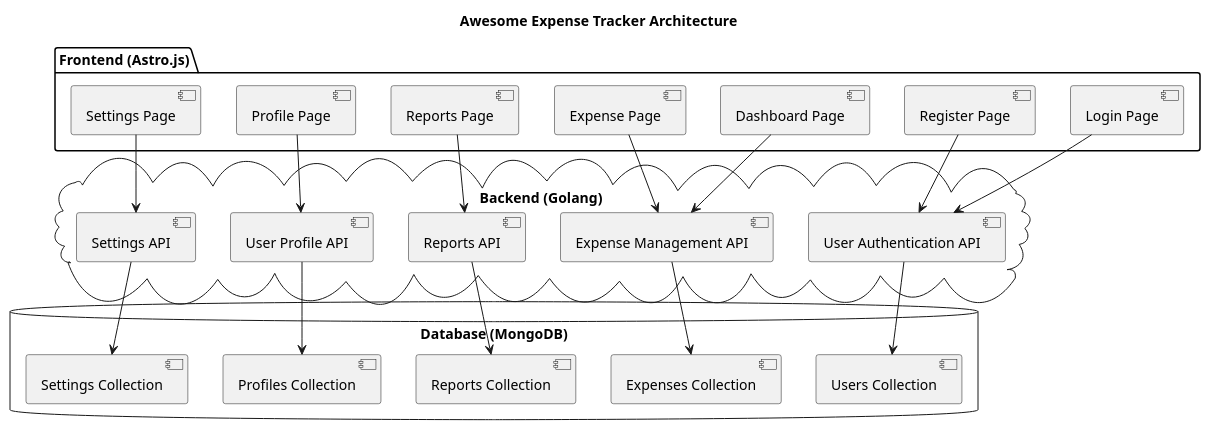
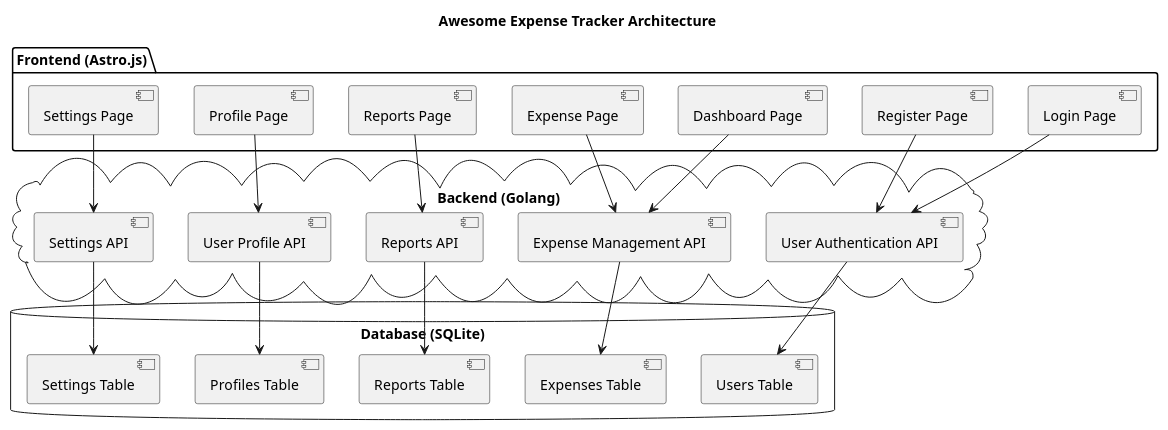
The diagram in src/Architecture.plantuml (shashankmahajan99/awesome-expense-tracker), drawn with PlantUML before and after one commit. The commit also changed 2 other files, not shown here.

Commit message:
Update database from MongoDB to SQLite

```diff
--- a/src/Architecture.plantuml
+++ b/src/Architecture.plantuml
@@ -1,44 +1,44 @@
 @startuml Architecture Diagram
 title Awesome Expense Tracker Architecture
 
 package "Frontend (Astro.js)" {
   [Login Page]
   [Register Page]
   [Dashboard Page]
   [Expense Page]
   [Reports Page]
   [Profile Page]
   [Settings Page]
 }
 
 cloud "Backend (Golang)" {
   [User Authentication API]
   [Expense Management API]
   [Reports API]
   [User Profile API]
   [Settings API]
 }
 
-database "Database (MongoDB)" {
-  [Users Collection]
-  [Expenses Collection]
-  [Reports Collection]
-  [Profiles Collection]
-  [Settings Collection]
+database "Database (SQLite)" {
+  [Users Table]
+  [Expenses Table]
+  [Reports Table]
+  [Profiles Table]
+  [Settings Table]
 }
 
 [Login Page] --> [User Authentication API]
 [Register Page] --> [User Authentication API]
 [Dashboard Page] --> [Expense Management API]
 [Expense Page] --> [Expense Management API]
 [Reports Page] --> [Reports API]
 [Profile Page] --> [User Profile API]
 [Settings Page] --> [Settings API]
 
-[User Authentication API] --> [Users Collection]
-[Expense Management API] --> [Expenses Collection]
-[Reports API] --> [Reports Collection]
-[User Profile API] --> [Profiles Collection]
-[Settings API] --> [Settings Collection]
+[User Authentication API] --> [Users Table]
+[Expense Management API] --> [Expenses Table]
+[Reports API] --> [Reports Table]
+[User Profile API] --> [Profiles Table]
+[Settings API] --> [Settings Table]
 
 @enduml
```
